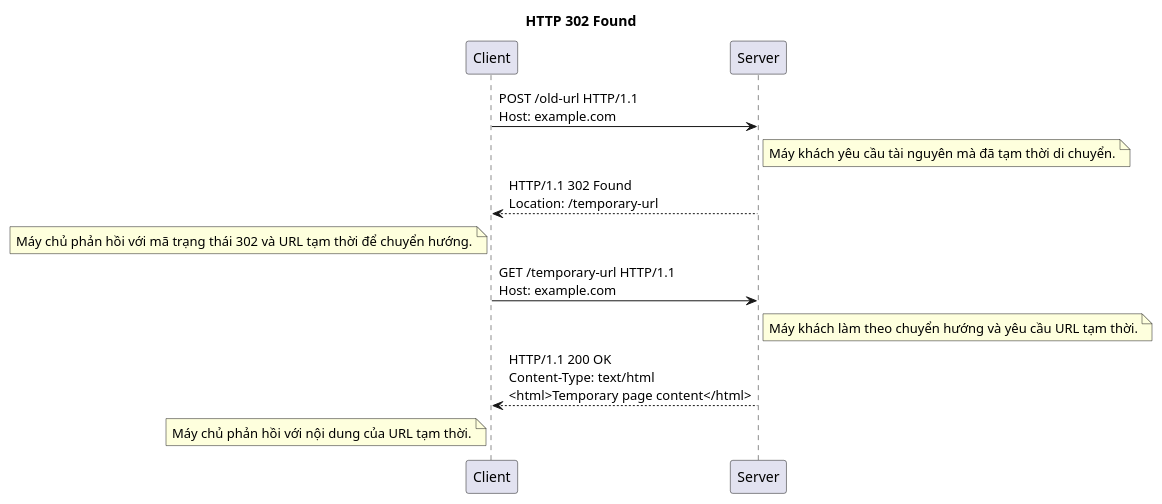
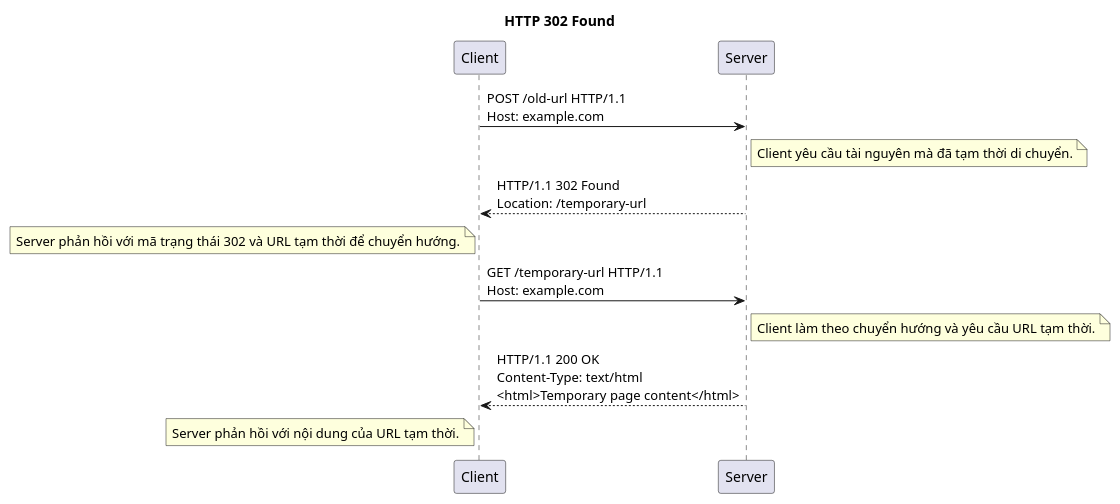
Diagram 13 of 27 in packages/apps/src/blog/2024-12-05-y-nghia-cua-cac-http-status-code.md (thanhlv-com/thanhlv-blog), drawn with PlantUML before and after one commit. The commit also changed other lines of this file, not shown here.

````diff
--- a/packages/apps/src/blog/2024-12-05-y-nghia-cua-cac-http-status-code.md
+++ b/packages/apps/src/blog/2024-12-05-y-nghia-cua-cac-http-status-code.md
@@ -462,21 +462,21 @@
 ```plantuml
 @startuml
 
 title HTTP 302 Found
 
 participant "Client" as C
 participant "Server" as S
 
 C -> S: POST /old-url HTTP/1.1\nHost: example.com
-note right of S: Máy khách yêu cầu tài nguyên mà đã tạm thời di chuyển.
+note right of S: Client yêu cầu tài nguyên mà đã tạm thời di chuyển.
 
 S --> C: HTTP/1.1 302 Found\nLocation: /temporary-url
-note left of C: Máy chủ phản hồi với mã trạng thái 302 và URL tạm thời để chuyển hướng.
+note left of C: Server phản hồi với mã trạng thái 302 và URL tạm thời để chuyển hướng.
 
 C -> S: GET /temporary-url HTTP/1.1\nHost: example.com
-note right of S: Máy khách làm theo chuyển hướng và yêu cầu URL tạm thời.
+note right of S: Client làm theo chuyển hướng và yêu cầu URL tạm thời.
 
 S --> C: HTTP/1.1 200 OK\nContent-Type: text/html\n<html>Temporary page content</html>
-note left of C: Máy chủ phản hồi với nội dung của URL tạm thời.
+note left of C: Server phản hồi với nội dung của URL tạm thời.
 @enduml
 ```
````
